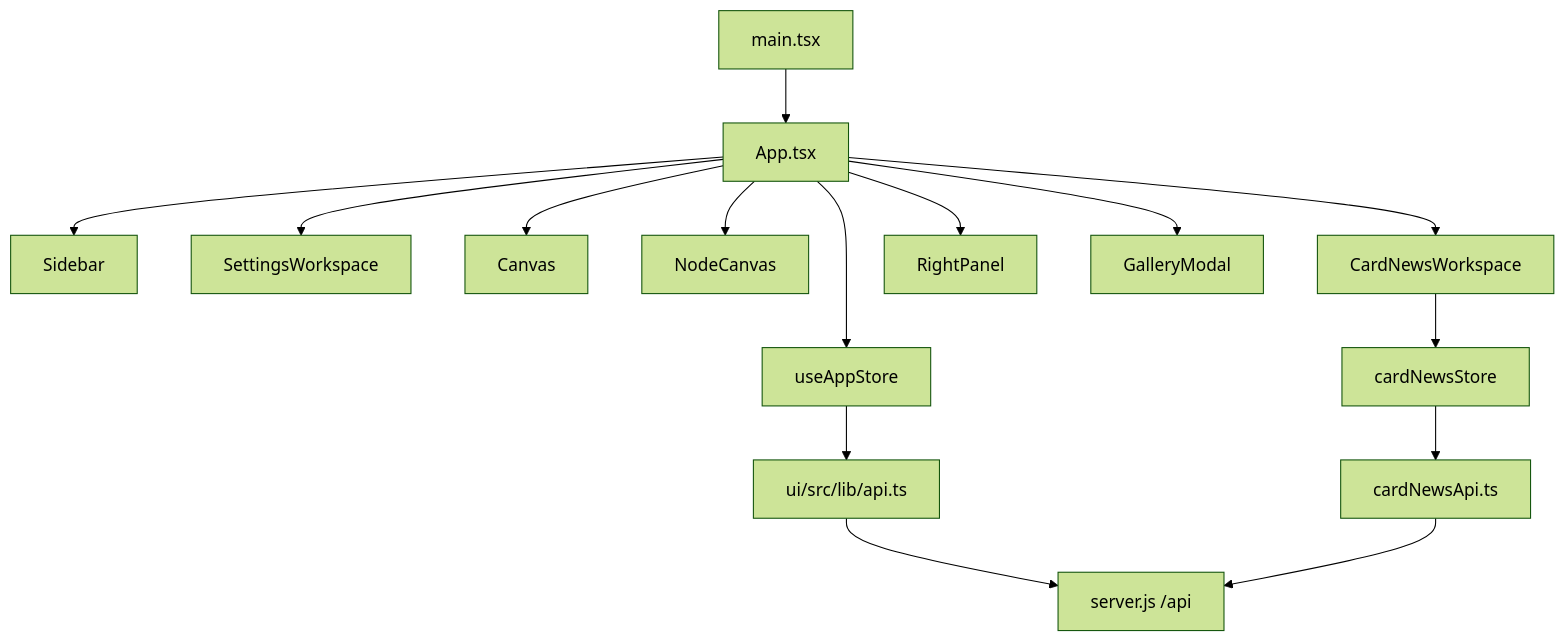
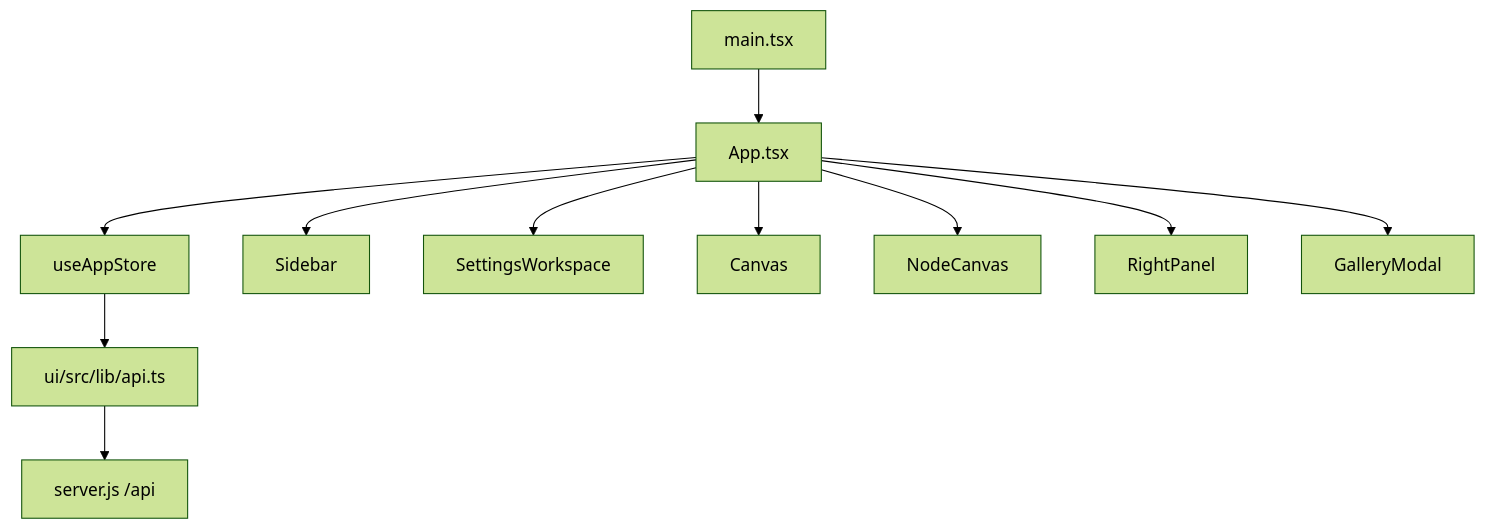
Before and after one commit to ChatPoongKun/ima2-gen: the diagram in structure/04-frontend-architecture.md, drawn with Mermaid (forest theme). The commit also changed other lines of this file and 8 other files, not shown here.

````diff
--- a/structure/04-frontend-architecture.md
+++ b/structure/04-frontend-architecture.md
@@ -19,17 +19,13 @@
 ```mermaid
 graph TD
     MAIN["main.tsx"] --> APP["App.tsx"]
     APP --> STORE["useAppStore"]
     APP --> SIDEBAR["Sidebar"]
     APP --> SETTINGS["SettingsWorkspace"]
     APP --> CLASSIC["Canvas"]
     APP --> NODE["NodeCanvas"]
-    APP --> CARD["CardNewsWorkspace"]
     APP --> RIGHT["RightPanel"]
     APP --> MODAL["GalleryModal"]
     STORE --> API["ui/src/lib/api.ts"]
-    CARD --> CARDSTORE["cardNewsStore"]
-    CARDSTORE --> CARDAPI["cardNewsApi.ts"]
     API --> SERVER["server.js /api"]
-    CARDAPI --> SERVER
 ```
````
